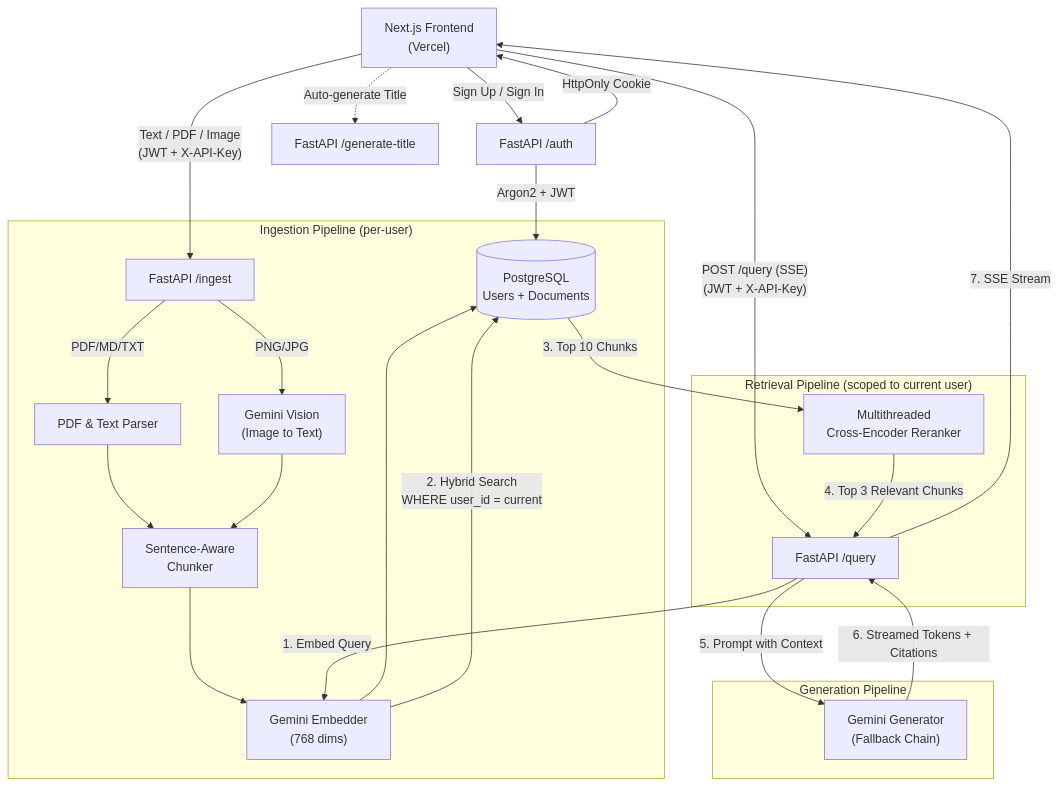
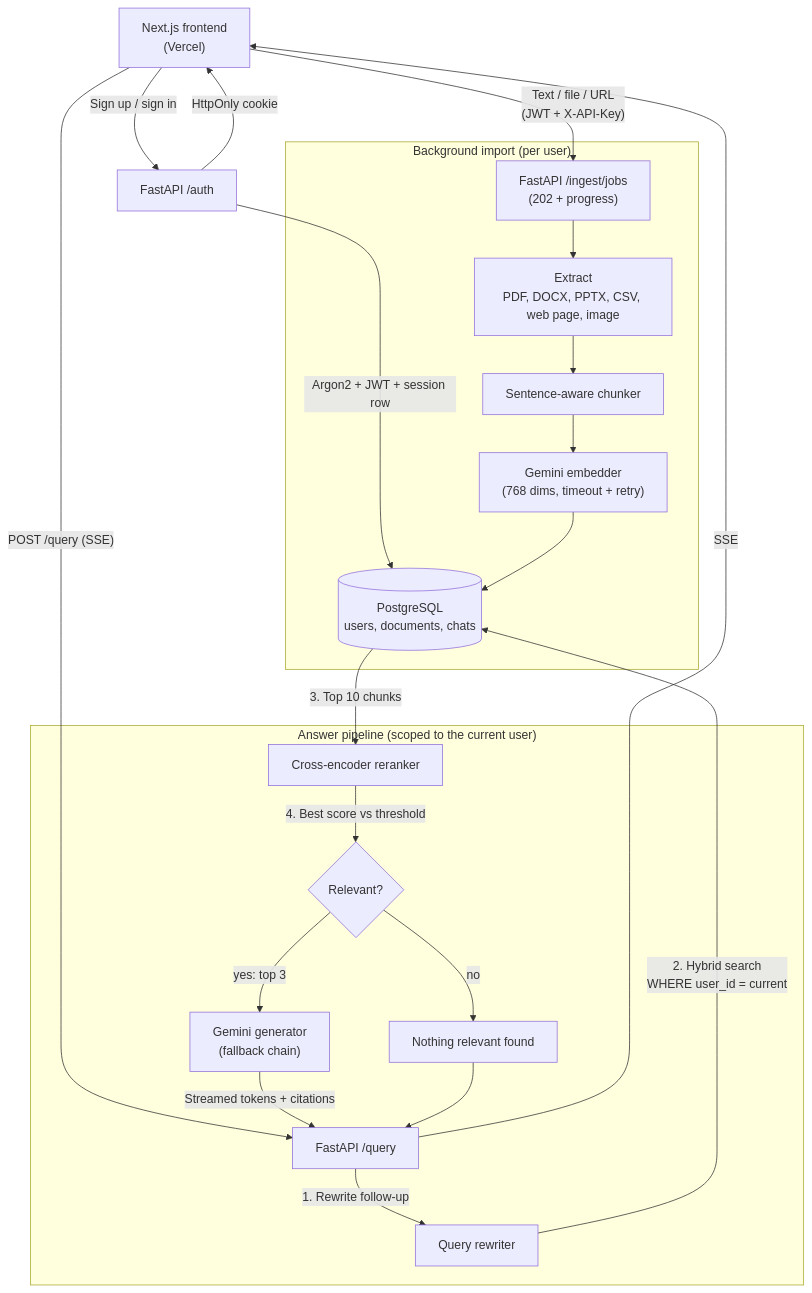
The diagram in README.md (shaurya-10000/rag-evals), drawn with Mermaid before and after one commit. The commit also changed other lines of this file and 37 other files, not shown here.

First line of the commit message:
Add per-user rate limits, account settings, revocable sessions and request tracing

````diff
--- a/README.md
+++ b/README.md
@@ -55,35 +78,30 @@
 ```mermaid
 flowchart TD
-    Client["Next.js Frontend\n(Vercel)"] -->|"Sign Up / Sign In"| AuthAPI["FastAPI /auth"]
-    AuthAPI -->|"Argon2 + JWT"| DB[("PostgreSQL\nUsers + Documents")]
-    AuthAPI -->|"HttpOnly Cookie"| Client
+    Client["Next.js frontend\n(Vercel)"] -->|"Sign up / sign in"| AuthAPI["FastAPI /auth"]
+    AuthAPI -->|"Argon2 + JWT + session row"| DB[("PostgreSQL\nusers, documents, chats")]
+    AuthAPI -->|"HttpOnly cookie"| Client
 
-    Client -->|"Text / PDF / Image\n(JWT + X-API-Key)"| IngestAPI["FastAPI /ingest"]
+    Client -->|"Text / file / URL\n(JWT + X-API-Key)"| JobsAPI["FastAPI /ingest/jobs\n(202 + progress)"]
 
-    subgraph "Ingestion Pipeline (per-user)"
-        IngestAPI -->|"PDF/MD/TXT"| PDFParser["PDF & Text Parser"]
-        IngestAPI -->|"PNG/JPG"| VisionAPI["Gemini Vision\n(Image to Text)"]
-        PDFParser --> Chunker["Sentence-Aware\nChunker"]
-        VisionAPI --> Chunker
-        Chunker --> Embedder["Gemini Embedder\n(768 dims)"]
+    subgraph "Background import (per user)"
+        JobsAPI --> Extract["Extract\nPDF, DOCX, PPTX, CSV, web page, image"]
+        Extract --> Chunker["Sentence-aware chunker"]
+        Chunker --> Embedder["Gemini embedder\n(768 dims, timeout + retry)"]
         Embedder --> DB
     end
 
-    Client -->|"POST /query (SSE)\n(JWT + X-API-Key)"| QueryAPI["FastAPI /query"]
+    Client -->|"POST /query (SSE)"| QueryAPI["FastAPI /query"]
 
-    subgraph "Retrieval Pipeline (scoped to current user)"
-        QueryAPI -->|"1. Embed Query"| Embedder
-        Embedder -->|"2. Hybrid Search\nWHERE user_id = current"| DB
-        DB -->|"3. Top 10 Chunks"| Reranker["Multithreaded\nCross-Encoder Reranker"]
-        Reranker -->|"4. Top 3 Relevant Chunks"| QueryAPI
+    subgraph "Answer pipeline (scoped to the current user)"
+        QueryAPI -->|"1. Rewrite follow-up"| Rewriter["Query rewriter"]
+        Rewriter -->|"2. Hybrid search\nWHERE user_id = current"| DB
+        DB -->|"3. Top 10 chunks"| Reranker["Cross-encoder reranker"]
+        Reranker -->|"4. Best score vs threshold"| Gate{"Relevant?"}
+        Gate -->|"yes: top 3"| LLM["Gemini generator\n(fallback chain)"]
+        Gate -->|"no"| Refusal["Nothing relevant found"]
     end
 
-    subgraph "Generation Pipeline"
-        QueryAPI -->|"5. Prompt with Context"| LLM["Gemini Generator\n(Fallback Chain)"]
-    end
-
-    LLM -->|"6. Streamed Tokens + Citations"| QueryAPI
-    QueryAPI -->|"7. SSE Stream"| Client
-    
-    Client -.->|"Auto-generate Title"| TitleAPI["FastAPI /generate-title"]
+    LLM -->|"Streamed tokens + citations"| QueryAPI
+    Refusal --> QueryAPI
+    QueryAPI -->|"SSE"| Client
 ```
````
